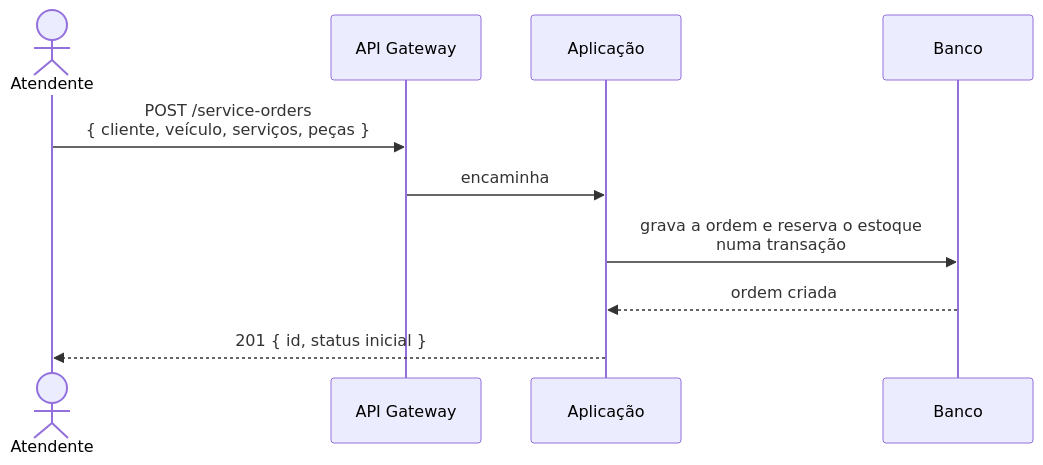
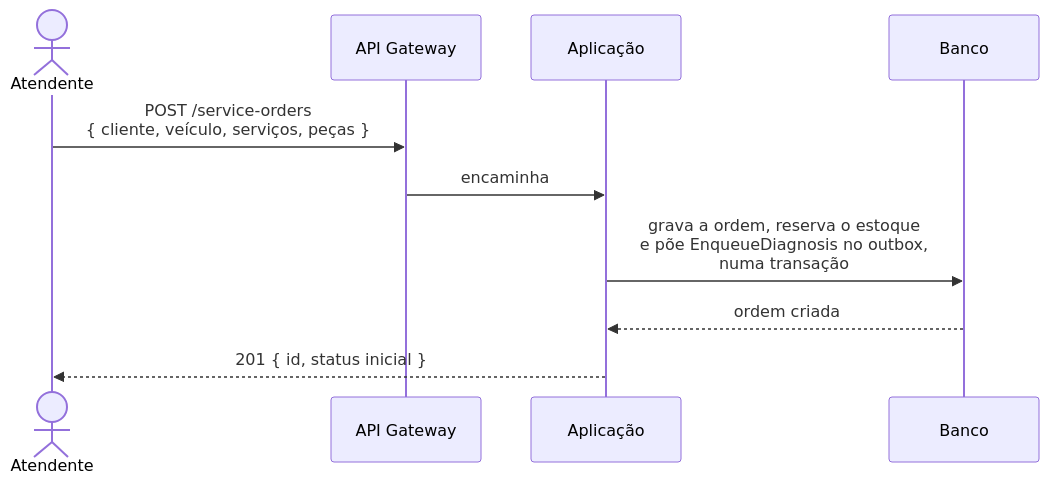
One commit to diandria/fiap-tech-challenge changed the first of 2 diagrams in docs/architecture/sequence-service-order.md. Above: the diagram before and after it, drawn with Mermaid. The commit also changed other lines of this file and 1 other file, not shown here.

````diff
--- a/docs/architecture/sequence-service-order.md
+++ b/docs/architecture/sequence-service-order.md
@@ -7,13 +7,13 @@
 ```mermaid
 sequenceDiagram
     actor F as Atendente
     participant G as API Gateway
     participant A as Aplicação
     participant D as Banco
 
     F->>G: POST /service-orders<br/>{ cliente, veículo, serviços, peças }
     G->>A: encaminha
-    A->>D: grava a ordem e reserva o estoque<br/>numa transação
+    A->>D: grava a ordem, reserva o estoque<br/>e põe EnqueueDiagnosis no outbox,<br/>numa transação
     D-->>A: ordem criada
     A-->>F: 201 { id, status inicial }
 ```
````
